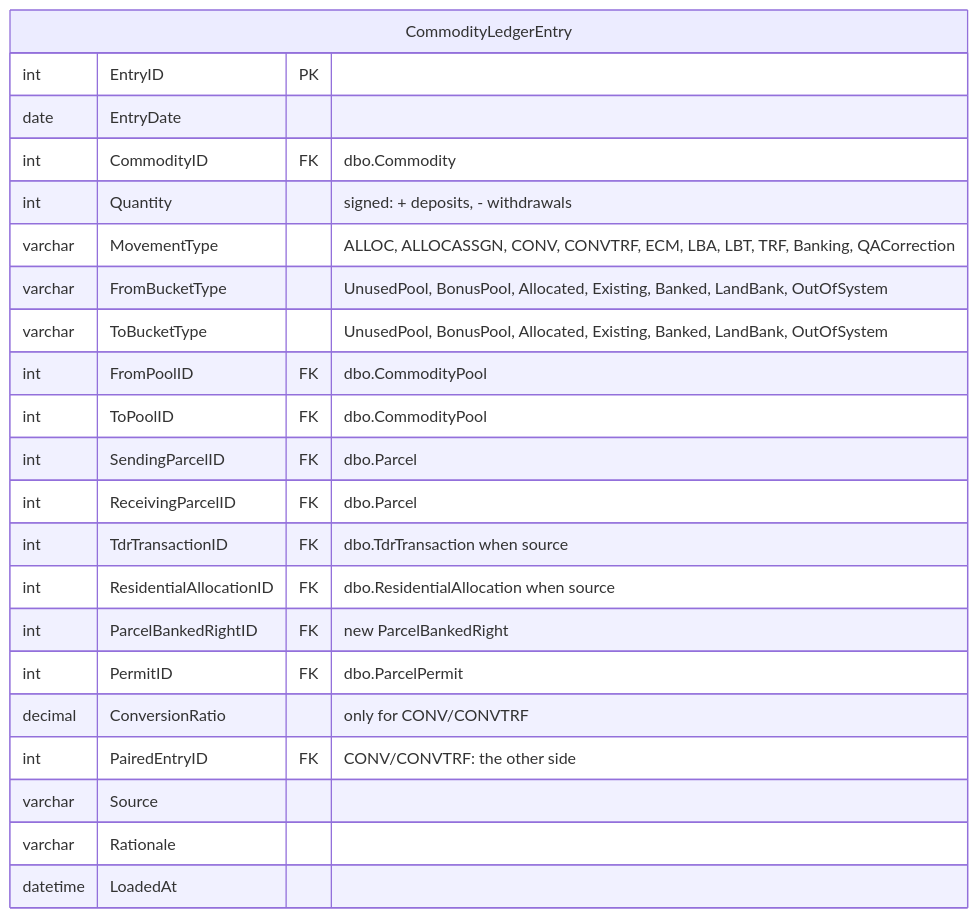
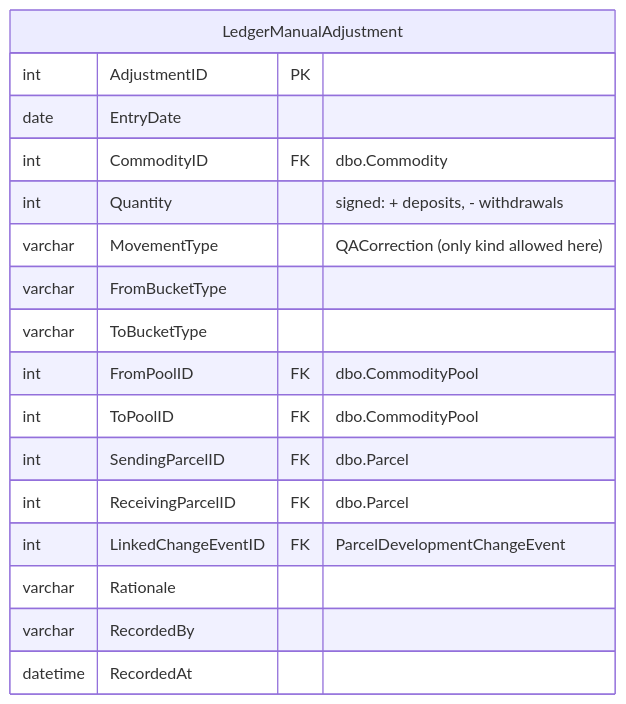
One commit to trpa-agency/Reporting changed the second of 4 diagrams in erd/target_schema.md. Above: the diagram before and after it, drawn with Mermaid. The commit also changed other lines of this file and 1 other file, not shown here.

First line of the commit message:
erd: enforce no-duplicate-Corral principle; drop ParcelBankedRight, make ledger a view

````diff
--- a/erd/target_schema.md
+++ b/erd/target_schema.md
@@ -249,25 +251,20 @@
 ```mermaid
 erDiagram
-    CommodityLedgerEntry {
-        int EntryID PK
+    LedgerManualAdjustment {
+        int AdjustmentID PK
         date EntryDate
         int CommodityID FK "dbo.Commodity"
         int Quantity "signed: + deposits, - withdrawals"
-        varchar MovementType "ALLOC, ALLOCASSGN, CONV, CONVTRF, ECM, LBA, LBT, TRF, Banking, QACorrection"
-        varchar FromBucketType "UnusedPool, BonusPool, Allocated, Existing, Banked, LandBank, OutOfSystem"
-        varchar ToBucketType "UnusedPool, BonusPool, Allocated, Existing, Banked, LandBank, OutOfSystem"
+        varchar MovementType "QACorrection (only kind allowed here)"
+        varchar FromBucketType
+        varchar ToBucketType
         int FromPoolID FK "dbo.CommodityPool"
         int ToPoolID FK "dbo.CommodityPool"
         int SendingParcelID FK "dbo.Parcel"
         int ReceivingParcelID FK "dbo.Parcel"
-        int TdrTransactionID FK "dbo.TdrTransaction when source"
-        int ResidentialAllocationID FK "dbo.ResidentialAllocation when source"
-        int ParcelBankedRightID FK "new ParcelBankedRight"
-        int PermitID FK "dbo.ParcelPermit"
-        decimal ConversionRatio "only for CONV/CONVTRF"
-        int PairedEntryID FK "CONV/CONVTRF: the other side"
-        varchar Source
+        int LinkedChangeEventID FK "ParcelDevelopmentChangeEvent"
         varchar Rationale
-        datetime LoadedAt
+        varchar RecordedBy
+        datetime RecordedAt
     }
 ```
````
